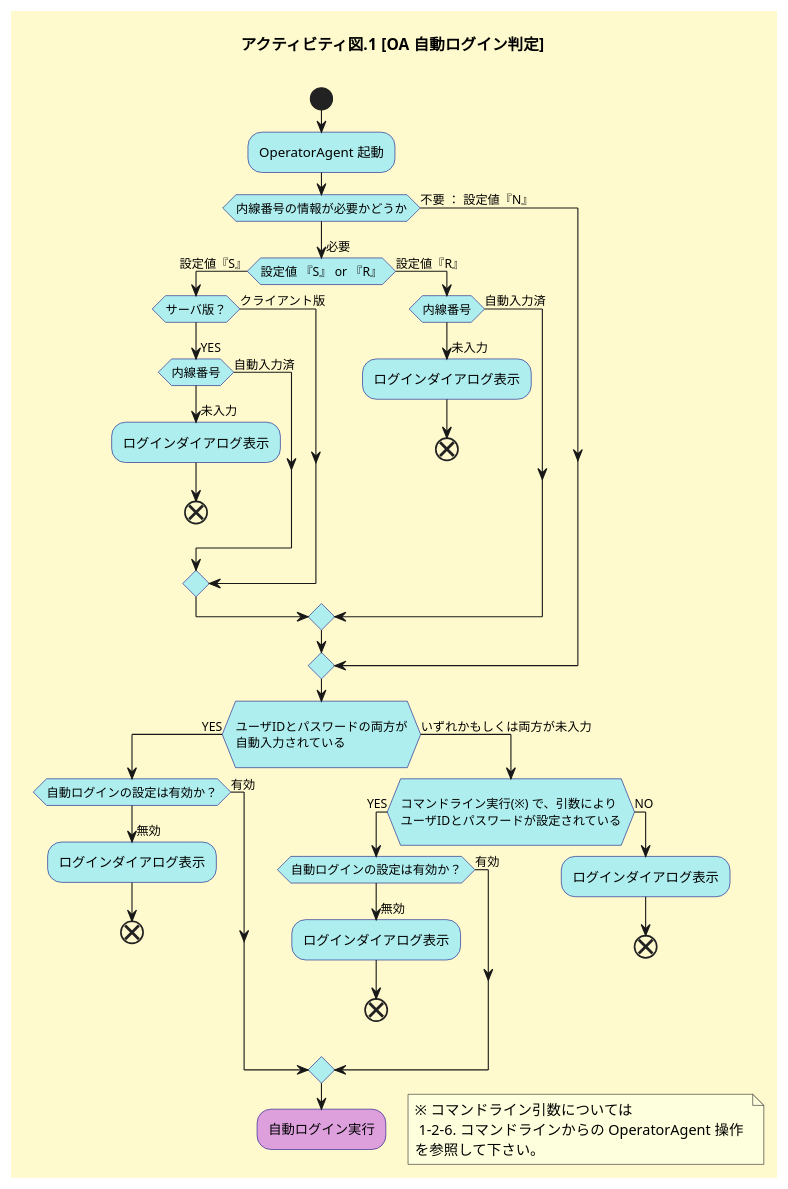
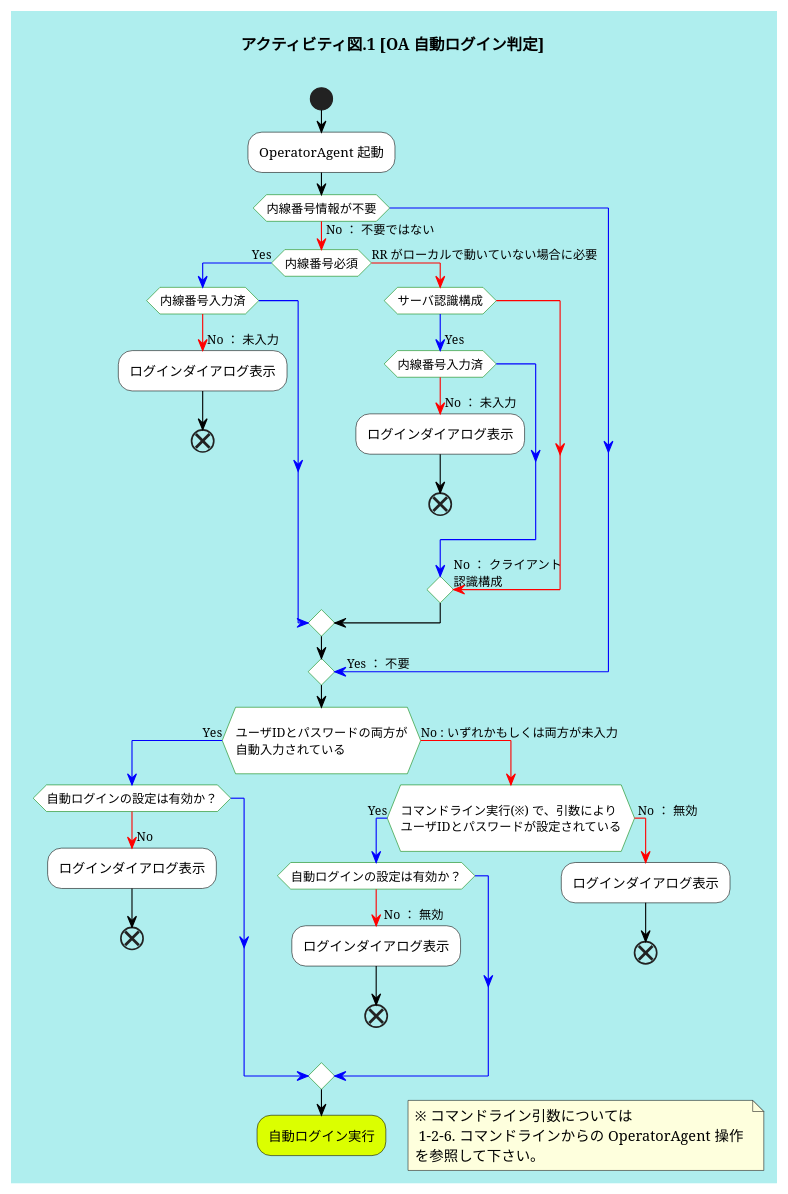
One commit to ytakagi-ponkotsu/function changed the first of 6 diagrams in 詳解 Communication Suite 機能編.md. Above: the diagram before and after it, drawn with PlantUML. The commit also changed other lines of this file, not shown here.

Commit message:
2020/06/04 アクティビティ図のスタイル修正

````diff
--- a/詳解 Communication Suite 機能編.md
+++ b/詳解 Communication Suite 機能編.md
@@ -137,56 +137,78 @@
 	```plantuml
 	@startuml
+
 	skinparam {
-	defaultFontName BIZ UDPゴシック
+		shadowing false
+		defaultFontName "Segoe UI, BIZ UDPゴシック, sans-serif"
+		BackgroundColor #afeeee
+		ArrowColor black
 	}
-	skinparam backgroundColor #fffacd
+
 	skinparam activity  {
-	BackgroundColor #afeeee
-	BorderColor #000080
+		BorderColor #000000
+		DiamondBorderColor #008000
+		BackgroundColor #ffffff
 	}
 	title アクティビティ図.1 [OA 自動ログイン判定]\n
 
-
 	start
 	:OperatorAgent 起動;
-	if (内線番号の情報が必要かどうか) then (不要 ： 設定値『N』)
-	else (\n必要)
-		if (設定値 『S』 or 『R』) then (設定値『S』)
-			if (サーバ版？) then (\nYES)
-				if (内線番号) then (\n未入力)
-					-ログインダイアログ表示
+	if (内線番号情報が不要) then
+		-[#blue]-> 　Yes ： 不要;
+	else
+		-[#red]-> No ： 不要ではない;
+		if (内線番号必須) then
+			-[#blue]-> Yes;
+			if (内線番号入力済) then
+				-[#blue]-> Yes;
+			else
+				-[#red]-> \nNo ： 未入力;
+				:ログインダイアログ表示;
+				end
+			endif
+		else
+			-[#red]-> RR がローカルで動いていない場合に必要;
+			if (サーバ認識構成) then
+			-[#blue]-> \nYes;
+				if (内線番号入力済) then
+					-[#blue]-> Yes ： 入力済;
+				else
+					-[#red]-> \nNo ： 未入力;
+					:ログインダイアログ表示;
 					end
-				else (自動入力済)
 				endif
-			else (クライアント版)
-			endif
-		else (設定値『R』)
-			if (内線番号) then (\n未入力)
-				-ログインダイアログ表示
-				end
-			else (自動入力済)
+			else
+				-[#red]-> \nNo ： クライアント\n認識構成;
 			endif
 		endif
 	endif
-	if (\nユーザIDとパスワードの両方が\n自動入力されている\n) then (YES)
-		if (自動ログインの設定は有効か？) then (有効)
-		else (\n無効)
-		  -ログインダイアログ表示
+	if (\nユーザIDとパスワードの両方が\n自動入力されている\n) then
+		-[#blue]-> \nYes;
+		if (自動ログインの設定は有効か？) then
+			-[#blue]-> \nYes;
+		else
+			-[#red]-> \nNo;
+			:ログインダイアログ表示;
 			end
 		endif
-	else (いずれかもしくは両方が未入力)
-		if (\nコマンドライン実行(※) で、引数により\nユーザIDとパスワードが設定されている\n) then (YES)
-			if (自動ログインの設定は有効か？) then (有効)
-			else (\n無効)
-			  -ログインダイアログ表示
+	else
+		-[#red]-> No : いずれかもしくは両方が未入力;
+		if (\nコマンドライン実行(※) で、引数により\nユーザIDとパスワードが設定されている\n) then
+			-[#blue]-> Yes;
+			if (自動ログインの設定は有効か？) then
+				-[#blue]-> Yes;
+			else
+				-[#red]-> \n No ： 無効;
+				:ログインダイアログ表示;
 				end
 			endif
-		else (NO)
-			-ログインダイアログ表示
+		else
+			-[#red]-> \n No ： 無効;
+			:ログインダイアログ表示;
 			end
 		endif
 	endif
-	#plum:自動ログイン実行;
+	#dbff00:自動ログイン実行;
 	floating note right: ※ コマンドライン引数については \n 1-2-6. コマンドラインからの OperatorAgent 操作 \nを参照して下さい。
 	@enduml
 	```
````
